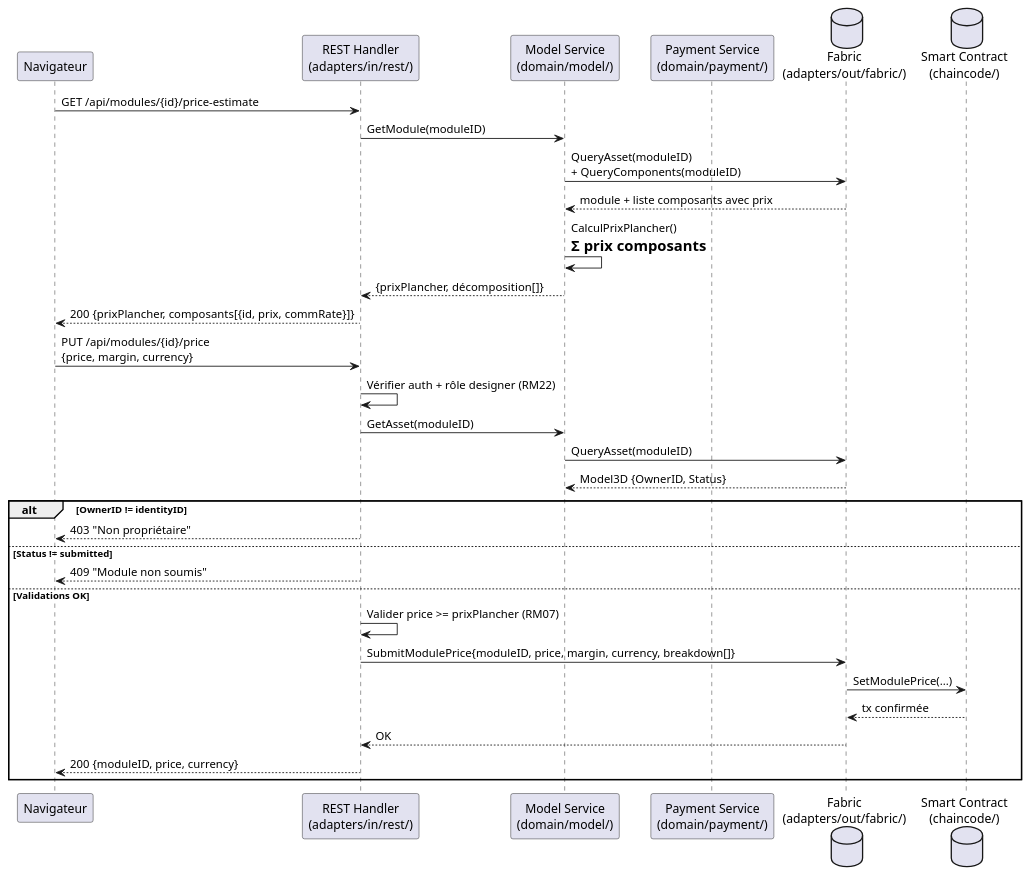
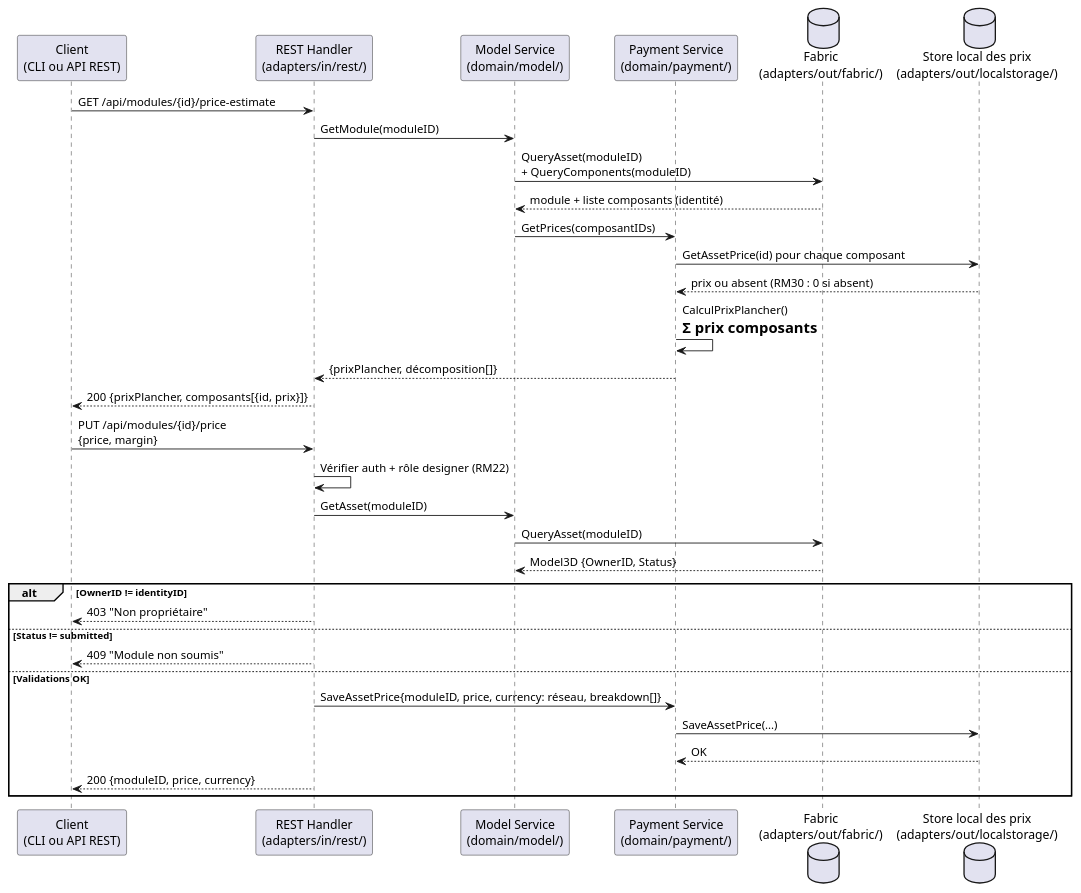
Before and after one commit to olivaux/myr: the second of 2 diagrams in specs/2-Analyse/UCPI-Propriete_Intellectuelle/UCPI05.md, drawn with PlantUML. The commit also changed other lines of this file and 72 other files, not shown here.

````diff
--- a/specs/2-Analyse/UCPI-Propriete_Intellectuelle/UCPI05.md
+++ b/specs/2-Analyse/UCPI-Propriete_Intellectuelle/UCPI05.md
@@ -101,39 +102,40 @@
 ```plantuml
 @startuml
-participant "Navigateur" as Browser
+participant "Client\n(CLI ou API REST)" as Browser
 participant "REST Handler\n(adapters/in/rest/)" as REST
 participant "Model Service\n(domain/model/)" as ModelSvc
 participant "Payment Service\n(domain/payment/)" as PaySvc
 database "Fabric\n(adapters/out/fabric/)" as Fabric
-database "Smart Contract\n(chaincode/)" as CC
+database "Store local des prix\n(adapters/out/localstorage/)" as Local
 
 Browser -> REST : GET /api/modules/{id}/price-estimate
 REST -> ModelSvc : GetModule(moduleID)
 ModelSvc -> Fabric : QueryAsset(moduleID)\n+ QueryComponents(moduleID)
-Fabric --> ModelSvc : module + liste composants avec prix
+Fabric --> ModelSvc : module + liste composants (identité)
+ModelSvc -> PaySvc : GetPrices(composantIDs)
+PaySvc -> Local : GetAssetPrice(id) pour chaque composant
+Local --> PaySvc : prix ou absent (RM30 : 0 si absent)
 
-ModelSvc -> ModelSvc : CalculPrixPlancher()\n= Σ prix composants
-ModelSvc --> REST : {prixPlancher, décomposition[]}
-REST --> Browser : 200 {prixPlancher, composants[{id, prix, commRate}]}
+PaySvc -> PaySvc : CalculPrixPlancher()\n= Σ prix composants
+PaySvc --> REST : {prixPlancher, décomposition[]}
+REST --> Browser : 200 {prixPlancher, composants[{id, prix}]}
 
-Browser -> REST : PUT /api/modules/{id}/price\n{price, margin, currency}
+Browser -> REST : PUT /api/modules/{id}/price\n{price, margin}
 REST -> REST : Vérifier auth + rôle designer (RM22)
 REST -> ModelSvc : GetAsset(moduleID)
 ModelSvc -> Fabric : QueryAsset(moduleID)
 Fabric --> ModelSvc : Model3D {OwnerID, Status}
 
 alt OwnerID != identityID
     REST --> Browser : 403 "Non propriétaire"
 else Status != submitted
     REST --> Browser : 409 "Module non soumis"
 else Validations OK
-    REST -> REST : Valider price >= prixPlancher (RM07)
-    REST -> Fabric : SubmitModulePrice{moduleID, price, margin, currency, breakdown[]}
-    Fabric -> CC : SetModulePrice(...)
-    CC --> Fabric : tx confirmée
-    Fabric --> REST : OK
+    REST -> PaySvc : SaveAssetPrice{moduleID, price, currency: réseau, breakdown[]}
+    PaySvc -> Local : SaveAssetPrice(...)
+    Local --> PaySvc : OK
     REST --> Browser : 200 {moduleID, price, currency}
 end
 
 @enduml
 ```
````
